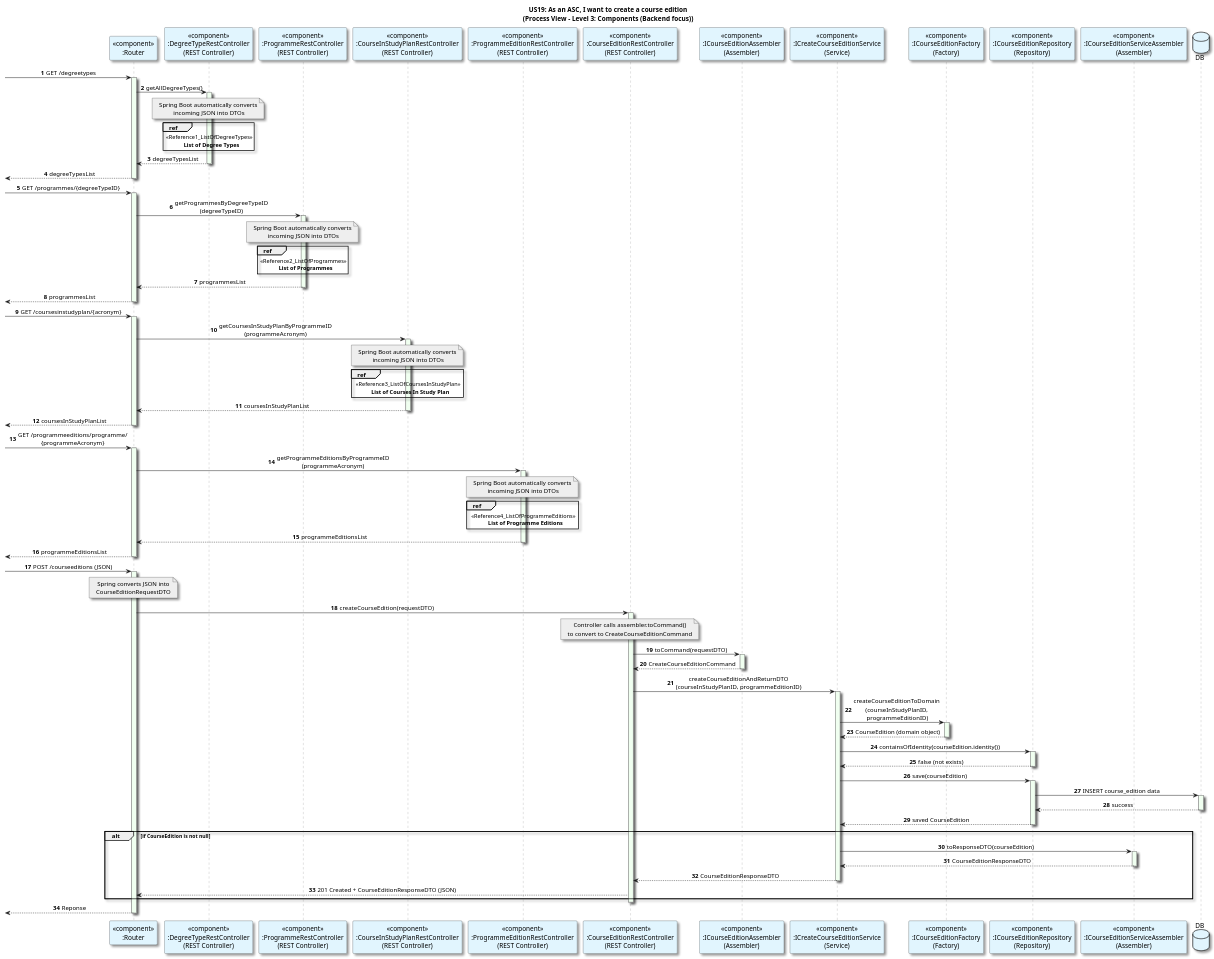
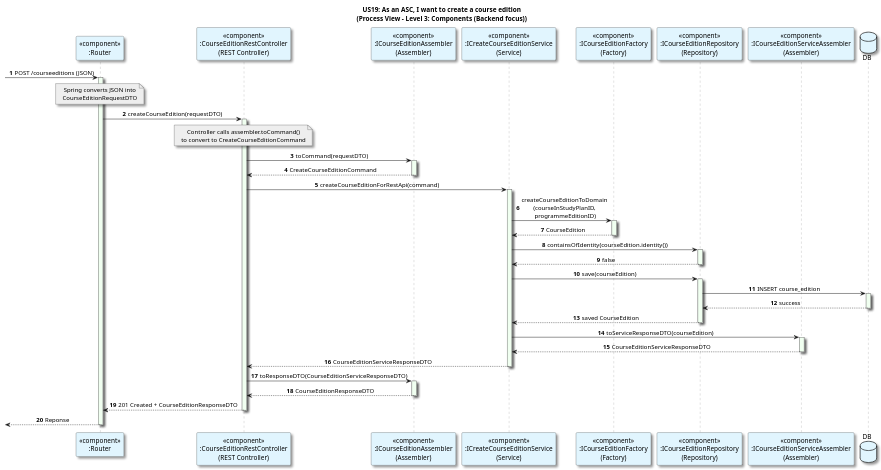
The diagram in docs/US19/Sprint7_RestAPI/ProcessView/Level3Granularity.puml (GasparISEP/DevOps-PAI), drawn with PlantUML before and after one commit.

Commit message:
[docs]: Update level 3 process diagram with new service assembler #708 #710

```diff
--- a/docs/US19/Sprint7_RestAPI/ProcessView/Level3Granularity.puml
+++ b/docs/US19/Sprint7_RestAPI/ProcessView/Level3Granularity.puml
@@ -1,163 +1,93 @@
 @startuml
 title: US19: As an ASC, I want to create a course edition\n(Process View - Level 3: Components (Backend focus))
 autonumber
 
 skinparam {
   ActivityPadding 2
   ActivityMargin 2
   BoxPadding 2
 }
 skinparam sequence {
     LifeLineBorderColor Grey
     LifeLineBackgroundColor HoneyDew
 }
 skinparam defaultTextAlignment center
 skinparam shadowing true
 
 participant "<<component>>\n:Router" as Router #E1F5FE
-participant "<<component>>\n:DegreeTypeRestController\n(REST Controller)" as DegreeTypeController #E1F5FE
-participant "<<component>>\n:ProgrammeRestController\n(REST Controller)" as ProgrammeController #E1F5FE
-participant "<<component>>\n:CourseInStudyPlanRestController\n(REST Controller)" as CSPController #E1F5FE
-participant "<<component>>\n:ProgrammeEditionRestController\n(REST Controller)" as PEController #E1F5FE
 participant "<<component>>\n:CourseEditionRestController\n(REST Controller)" as Controller #E1F5FE
 participant "<<component>>\n:ICourseEditionAssembler\n(Assembler)" as Assembler #E1F5FE
 participant "<<component>>\n:ICreateCourseEditionService\n(Service)" as Service #E1F5FE
 participant "<<component>>\n:ICourseEditionFactory\n(Factory)" as Factory #E1F5FE
 participant "<<component>>\n:ICourseEditionRepository\n(Repository)" as Repository #E1F5FE
 participant "<<component>>\n:ICourseEditionServiceAssembler\n(Assembler)" as SAssembler #E1F5FE
 
 database DB as DB #E1F5FE
-
--> Router: GET /degreetypes
-activate Router
-Router -> DegreeTypeController: getAllDegreeTypes()
-activate DegreeTypeController
-note over DegreeTypeController #EEEEEE
-Spring Boot automatically converts
- incoming JSON into DTOs
-end note
-ref over DegreeTypeController
-<<Reference1_ListOfDegreeTypes>>
-   <b>List of Degree Types</b>
-end ref
-DegreeTypeController --> Router: degreeTypesList
-deactivate DegreeTypeController
-<-- Router: degreeTypesList
-deactivate Router
-
--> Router: GET /programmes/{degreeTypeID}
-activate Router
-Router -> ProgrammeController: getProgrammesByDegreeTypeID\n(degreeTypeID)
-activate ProgrammeController
-note over ProgrammeController #EEEEEE
-Spring Boot automatically converts
- incoming JSON into DTOs
-end note
-ref over ProgrammeController
-<<Reference2_ListOfProgrammes>>
-   <b>List of Programmes</b>
-end ref
-ProgrammeController --> Router: programmesList
-deactivate ProgrammeController
-<-- Router: programmesList
-deactivate Router
-
--> Router: GET /coursesinstudyplan/{acronym}
-activate Router
-Router -> CSPController: getCoursesInStudyPlanByProgrammeID\n(programmeAcronym)
-activate CSPController
-note over CSPController #EEEEEE
-Spring Boot automatically converts
- incoming JSON into DTOs
-end note
-ref over CSPController
-<<Reference3_ListOfCoursesInStudyPlan>>
-   <b>List of Courses In Study Plan</b>
-end ref
-CSPController --> Router: coursesInStudyPlanList
-deactivate CSPController
-<-- Router: coursesInStudyPlanList
-deactivate Router
-
--> Router: GET /programmeeditions/programme/\n{programmeAcronym}
-activate Router
-Router -> PEController: getProgrammeEditionsByProgrammeID\n(programmeAcronym)
-activate PEController
-note over PEController #EEEEEE
-Spring Boot automatically converts
- incoming JSON into DTOs
-end note
-ref over PEController
-<<Reference4_ListOfProgrammeEditions>>
-   <b>List of Programme Editions</b>
-end ref
-PEController --> Router: programmeEditionsList
-deactivate PEController
-<-- Router: programmeEditionsList
-deactivate Router
-
 
 -> Router: POST /courseeditions (JSON)
 activate Router
 note over Router #EEEEEE
 Spring converts JSON into
 CourseEditionRequestDTO
 end note
 Router -> Controller: createCourseEdition(requestDTO)
 activate Controller
 
 note over Controller #EEEEEE
 Controller calls assembler.toCommand()
 to convert to CreateCourseEditionCommand
 end note
 
 Controller -> Assembler: toCommand(requestDTO)
 activate Assembler
 Assembler --> Controller: CreateCourseEditionCommand
 deactivate Assembler
 
-
-
-Controller -> Service: createCourseEditionAndReturnDTO\n(courseInStudyPlanID, programmeEditionID)
+Controller -> Service: createCourseEditionForRestApi(command)
 activate Service
 
 
 Service -> Factory: createCourseEditionToDomain\n(courseInStudyPlanID,\n programmeEditionID)
 activate Factory
 
-Factory --> Service: CourseEdition (domain object)
+Factory --> Service: CourseEdition
 deactivate Factory
 
 Service -> Repository: containsOfIdentity(courseEdition.identity())
 activate Repository
-Repository --> Service: false (not exists)
+Repository --> Service: false
 deactivate Repository
 
 Service -> Repository: save(courseEdition)
 activate Repository
 
-Repository -> DB: INSERT course_edition data
+Repository -> DB: INSERT course_edition
 activate DB
 DB --> Repository: success
 deactivate DB
 
 Repository --> Service: saved CourseEdition
 deactivate Repository
 
 
-alt if CourseEdition is not null
-    Service -> SAssembler: toResponseDTO(courseEdition)
+
+    Service -> SAssembler: toServiceResponseDTO(courseEdition)
     activate SAssembler
-    SAssembler --> Service: CourseEditionResponseDTO
+    SAssembler --> Service: CourseEditionServiceResponseDTO
     deactivate SAssembler
-    Service --> Controller: CourseEditionResponseDTO
+    Service --> Controller: CourseEditionServiceResponseDTO
     deactivate Service
-    Controller --> Router: 201 Created + CourseEditionResponseDTO (JSON)
+    Controller -> Assembler: toResponseDTO(CourseEditionServiceResponseDTO)
+    activate Assembler
+    Assembler --> Controller: CourseEditionResponseDTO
+    deactivate Assembler
 
-end
+    Controller --> Router: 201 Created + CourseEditionResponseDTO
+
+
 
 deactivate Controller
 
 <-- Router: Reponse
 deactivate Router
 @enduml
```
